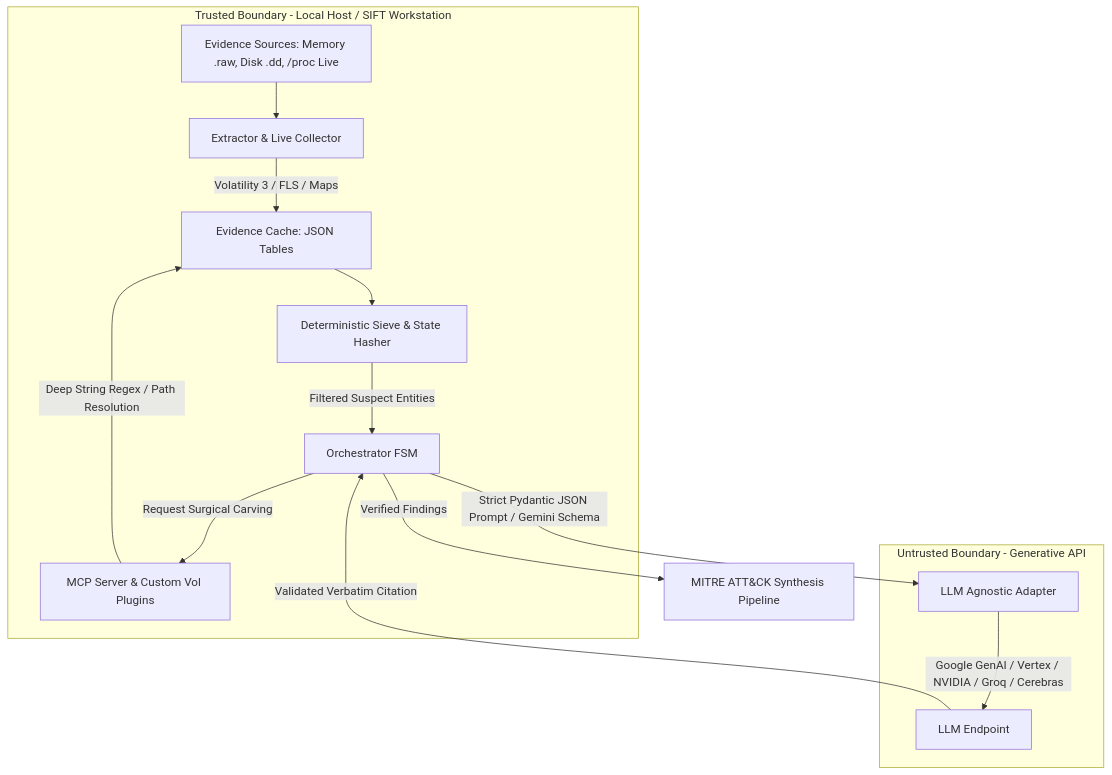
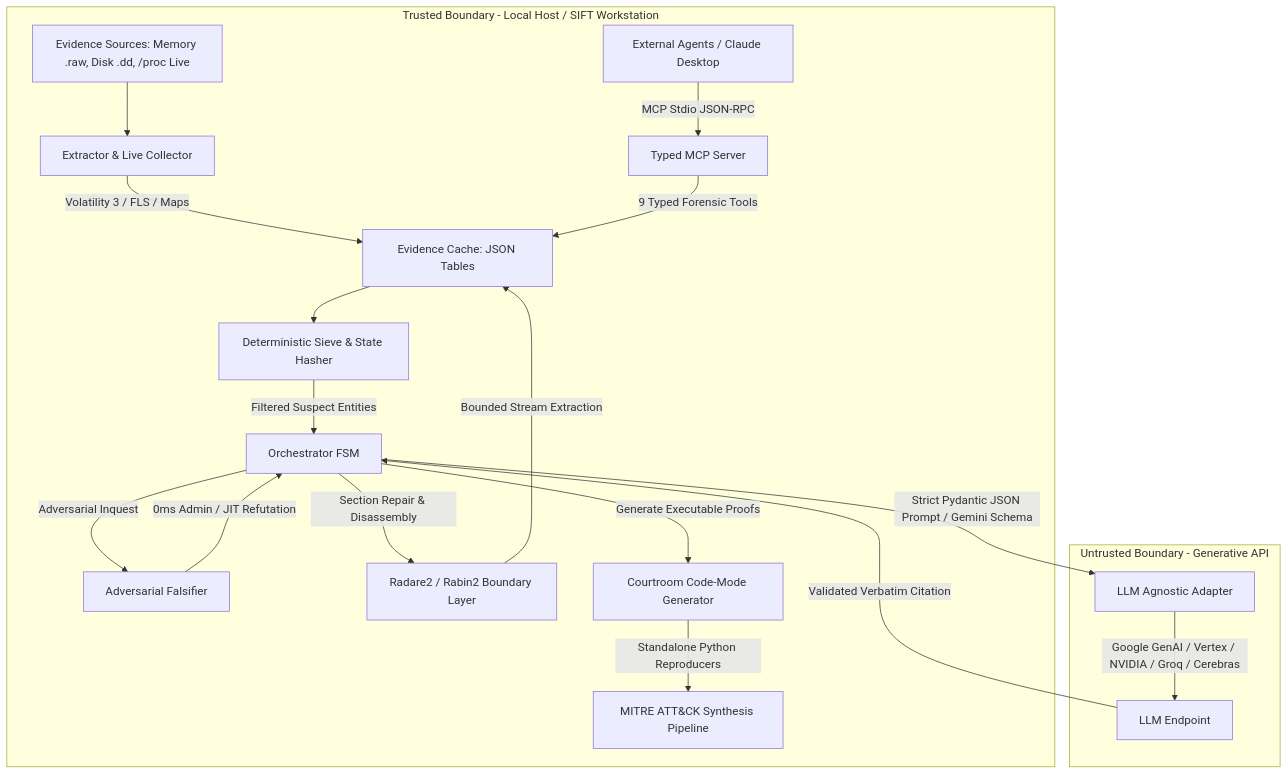
One commit to codebyangelo/project-mantis changed the diagram in README.md. Above: the diagram before and after it, drawn with Mermaid. The commit also changed other lines of this file and 8 other files, not shown here.

First line of the commit message:
docs(repo): align README, ARCHITECTURE, and subsystem documentation with v0.5.5

````diff
--- a/README.md
+++ b/README.md
@@ -19,20 +19,27 @@
 ```mermaid
 graph TD
     subgraph SIFT Workstation [Trusted Boundary - Local Host / SIFT Workstation]
         A[Evidence Sources: Memory .raw, Disk .dd, /proc Live] --> B[Extractor & Live Collector]
         B -->|Volatility 3 / FLS / Maps| C[Evidence Cache: JSON Tables]
         C --> D[Deterministic Sieve & State Hasher]
         D -->|Filtered Suspect Entities| E[Orchestrator FSM]
         
-        E -->|Request Surgical Carving| F[MCP Server & Custom Vol Plugins]
-        F -->|Deep String Regex / Path Resolution| C
+        E -->|Adversarial Inquest| F[Adversarial Falsifier]
+        F -->|0ms Admin / JIT Refutation| E
+        
+        E -->|Section Repair & Disassembly| R[Radare2 / Rabin2 Boundary Layer]
+        R -->|Bounded Stream Extraction| C
+        
+        E -->|Generate Executable Proofs| K[Courtroom Code-Mode Generator]
+        K -->|Standalone Python Reproducers| I[MITRE ATT&CK Synthesis Pipeline]
+        
+        M[External Agents / Claude Desktop] -->|MCP Stdio JSON-RPC| S[Typed MCP Server]
+        S -->|9 Typed Forensic Tools| C
     end
     
     subgraph External Provider [Untrusted Boundary - Generative API]
         E -->|Strict Pydantic JSON Prompt / Gemini Schema| G[LLM Agnostic Adapter]
         G -->|Google GenAI / Vertex / NVIDIA / Groq / Cerebras| H[LLM Endpoint]
         H -->|Validated Verbatim Citation| E
     end
-    
-    E -->|Verified Findings| I[MITRE ATT&CK Synthesis Pipeline]
 ```
````
